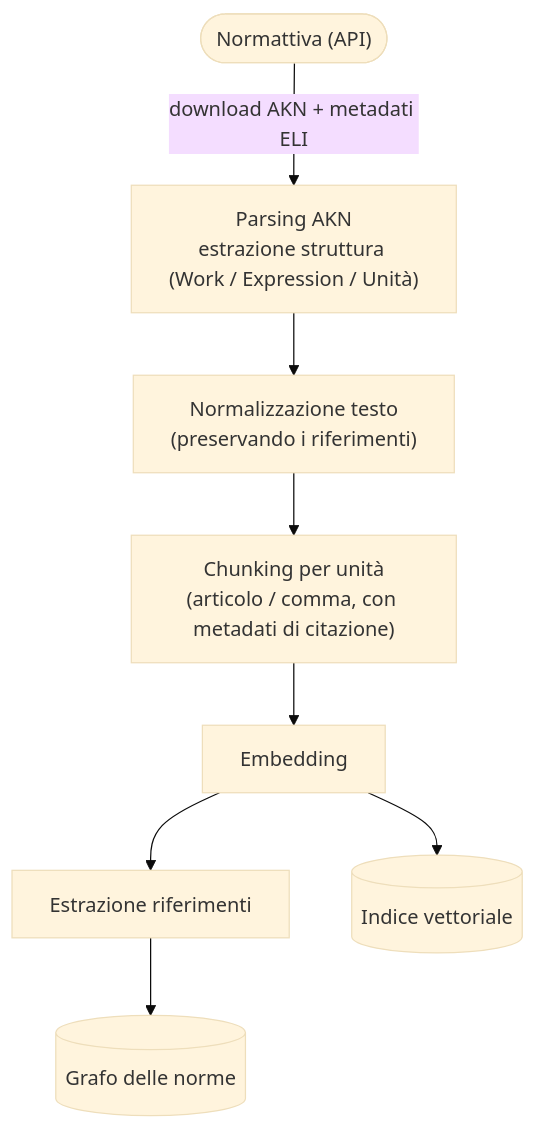
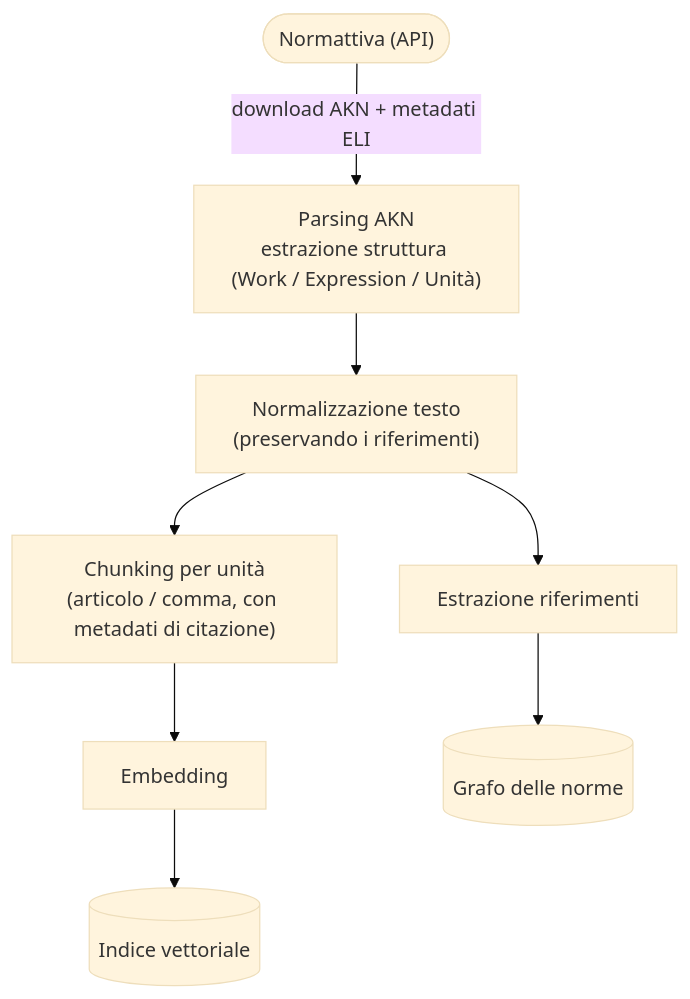
Before and after one commit to Italian-Builders-Org/magistra: the diagram in knowledge/modello-dati/pipeline-trasformazione.md, drawn with Mermaid (base theme). The commit also changed other lines of this file and 2 other files, not shown here.

Commit message:
docs: allinea diagrammi pipeline a estrazione parallela
Estrazione riferimenti parte da normalizzazione, non da embed.
Aggiornati index.md, pipeline-trasformazione.md e panoramica.

````diff
--- a/knowledge/modello-dati/pipeline-trasformazione.md
+++ b/knowledge/modello-dati/pipeline-trasformazione.md
@@ -11,19 +11,19 @@
 ```mermaid
 flowchart TD
     N(["Normattiva (API)"])
     P["Parsing AKN<br/>estrazione struttura (Work / Expression / Unità)"]
     T["Normalizzazione testo<br/>(preservando i riferimenti)"]
     C["Chunking per unità<br/>(articolo / comma, con metadati di citazione)"]
     E["Embedding"]
     R["Estrazione riferimenti"]
     IV[("Indice vettoriale")]
     G[("Grafo delle norme")]
 
     N -->|download AKN + metadati ELI| P
     P --> T
     T --> C
+    T --> R
     C --> E
     E --> IV
-    E --> R
     R --> G
 ```
````
